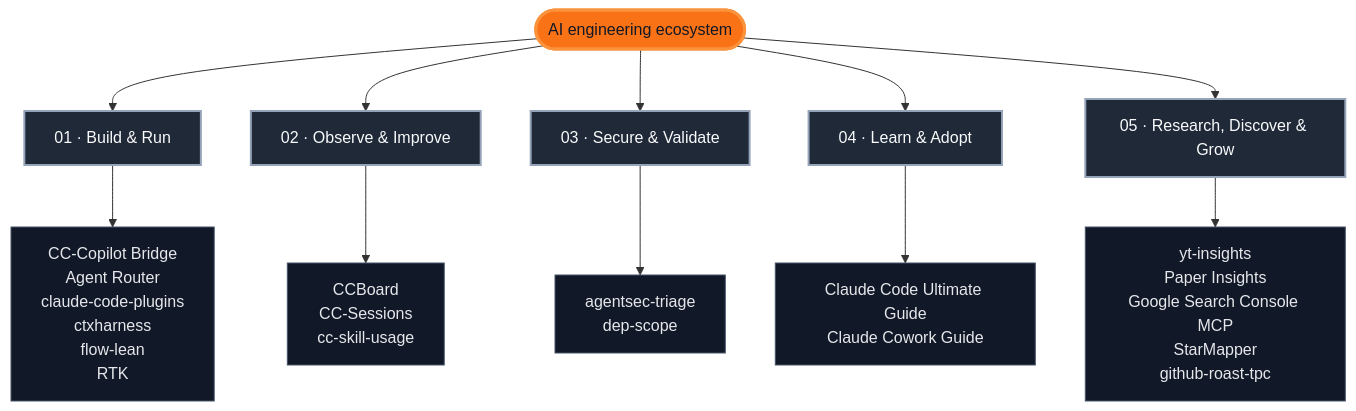
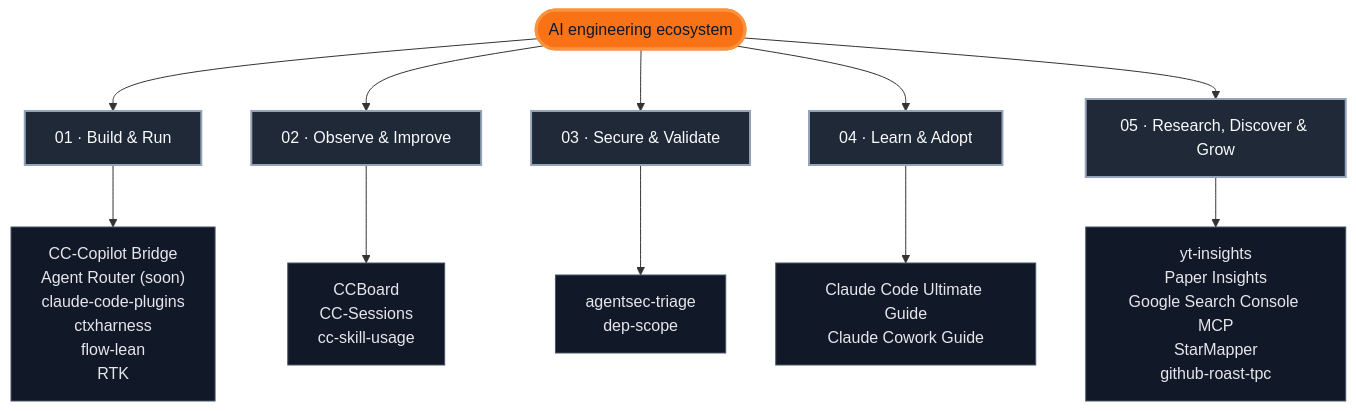
Before and after one commit to FlorianBruniaux/FlorianBruniaux: the diagram in README.md, drawn with Mermaid. The commit also changed other lines of this file and 4 other files, not shown here.

First line of the commit message:
feat(ecosystem): add a soon status and mark Agent Router with it

````diff
--- a/README.md
+++ b/README.md
@@ -61,22 +61,22 @@
 ```mermaid
 flowchart TB
   accTitle: AI engineering ecosystem map
   accDescr: Five routes connect the ecosystem hub to all 18 projects
   hub(["AI engineering ecosystem"])
   hub --> build_run["01 · Build & Run"]
-  build_run --> build_run_projects["CC-Copilot Bridge<br/>Agent Router<br/>claude-code-plugins<br/>ctxharness<br/>flow-lean<br/>RTK"]
+  build_run --> build_run_projects["CC-Copilot Bridge<br/>Agent Router (soon)<br/>claude-code-plugins<br/>ctxharness<br/>flow-lean<br/>RTK"]
   hub --> observe_improve["02 · Observe & Improve"]
   observe_improve --> observe_improve_projects["CCBoard<br/>CC-Sessions<br/>cc-skill-usage"]
   hub --> secure_validate["03 · Secure & Validate"]
   secure_validate --> secure_validate_projects["agentsec-triage<br/>dep-scope"]
   hub --> learn_adopt["04 · Learn & Adopt"]
   learn_adopt --> learn_adopt_projects["Claude Code Ultimate Guide<br/>Claude Cowork Guide"]
   hub --> research_discover_grow["05 · Research, Discover & Grow"]
   research_discover_grow --> research_discover_grow_projects["yt-insights<br/>Paper Insights<br/>Google Search Console MCP<br/>StarMapper<br/>github-roast-tpc"]
   classDef hub fill:#f97316,color:#111827,stroke:#fb923c,stroke-width:3px
   classDef route fill:#1f2937,color:#f9fafb,stroke:#94a3b8,stroke-width:2px
   classDef projects fill:#111827,color:#e5e7eb,stroke:#475569
   class hub hub
   class build_run,observe_improve,secure_validate,learn_adopt,research_discover_grow route
   class build_run_projects,observe_improve_projects,secure_validate_projects,learn_adopt_projects,research_discover_grow_projects projects
 ```
````
